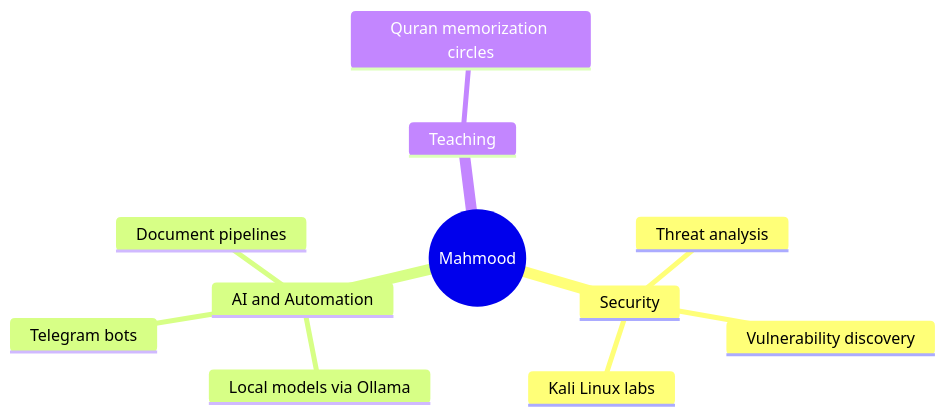
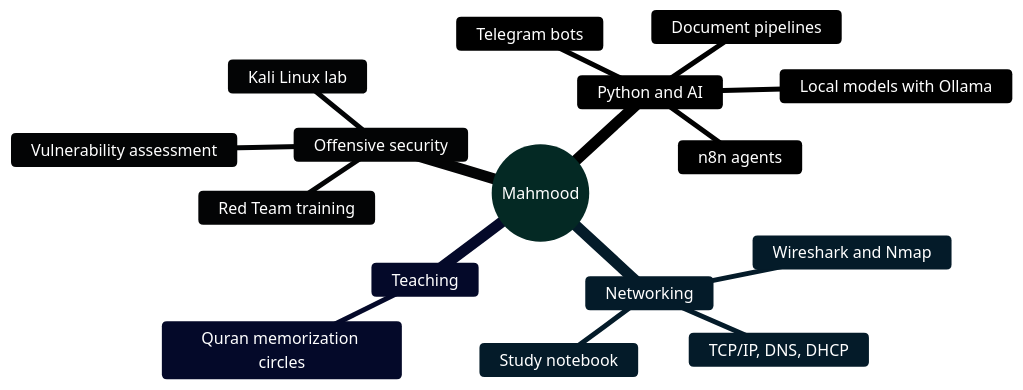
Before and after one commit to id-er2/id-er2: the diagram in README.md, drawn with Mermaid. The commit also changed other lines of this file, not shown here.

````diff
--- a/README.md
+++ b/README.md
@@ -89,14 +113,20 @@
 ```mermaid
+%%{init: {'theme':'base','themeVariables':{'primaryColor':'#0F9D8A','primaryTextColor':'#ffffff','lineColor':'#F59E0B','secondaryColor':'#374151','tertiaryColor':'#111827'}}}%%
 mindmap
   root((Mahmood))
-    Security
-      Threat analysis
-      Vulnerability discovery
-      Kali Linux labs
-    AI and Automation
-      Local models via Ollama
+    Offensive security
+      Vulnerability assessment
+      Kali Linux lab
+      Red Team training
+    Python and AI
+      Local models with Ollama
       Telegram bots
       Document pipelines
+      n8n agents
+    Networking
+      TCP/IP, DNS, DHCP
+      Wireshark and Nmap
+      Study notebook
     Teaching
       Quran memorization circles
 ```
````
